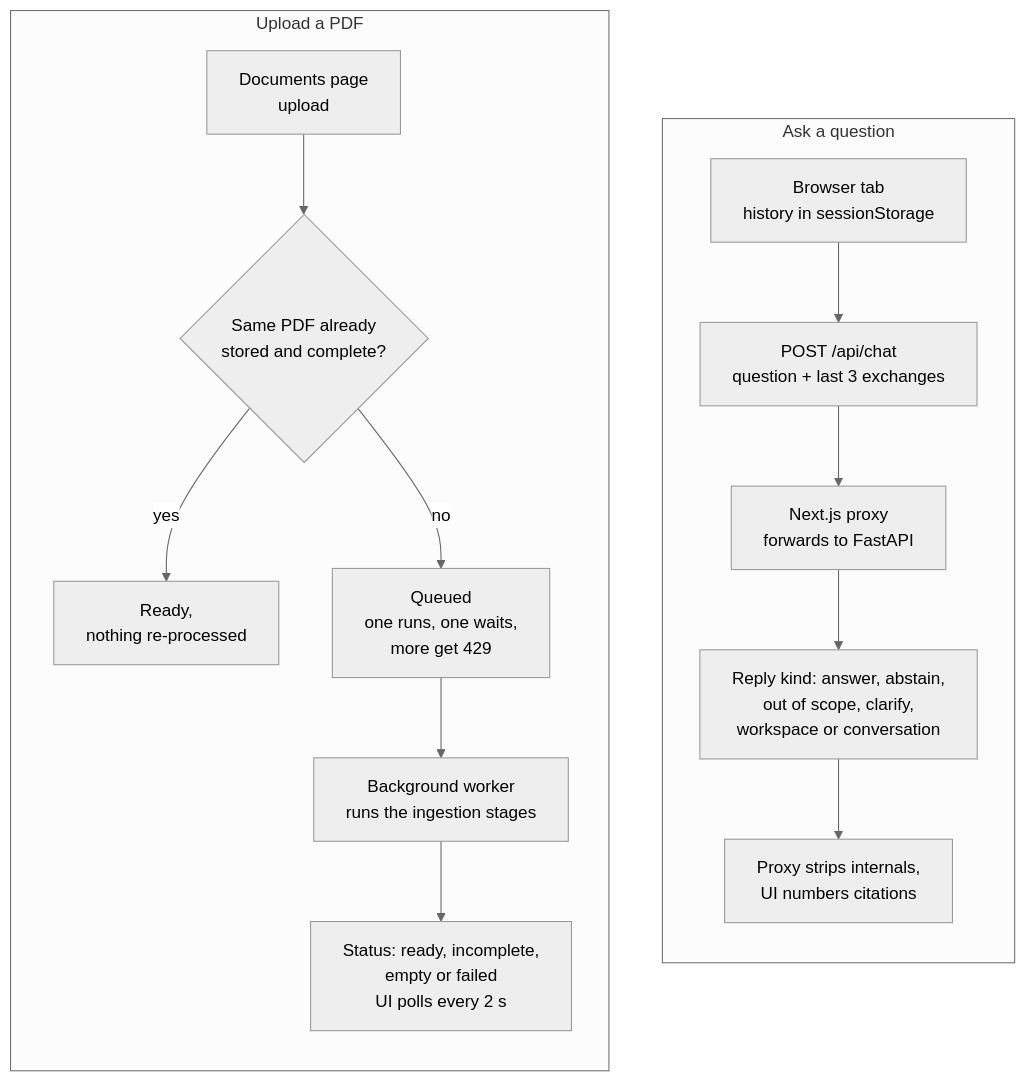
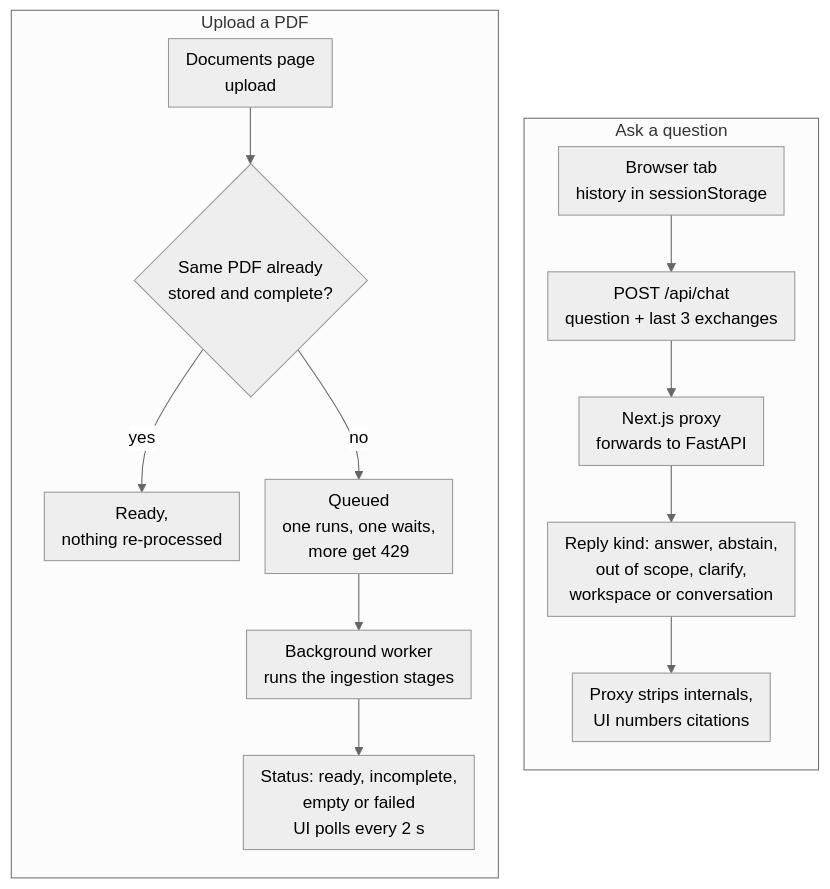
One commit to tarunkauxhik/multimodal-enterprise-rag changed the third of 3 diagrams in README.md. Above: the diagram before and after it, drawn with Mermaid (neutral theme). The commit also changed other lines of this file, not shown here.

````diff
--- a/README.md
+++ b/README.md
@@ -71,18 +73,19 @@
 ```mermaid
+%%{init: {"flowchart": {"nodeSpacing": 24, "rankSpacing": 28, "padding": 8, "diagramPadding": 4}}}%%
 flowchart TB
     subgraph Q["Ask a question"]
         direction TB
         Q1["Browser tab<br/>history in sessionStorage"] --> Q2["POST /api/chat<br/>question + last 3 exchanges"]
         Q2 --> Q3["Next.js proxy<br/>forwards to FastAPI"]
         Q3 --> Q4["Reply kind: answer, abstain,<br/>out of scope, clarify,<br/>workspace or conversation"]
         Q4 --> Q5["Proxy strips internals,<br/>UI numbers citations"]
     end
     subgraph UP["Upload a PDF"]
         direction TB
         U1["Documents page<br/>upload"] --> U2{"Same PDF already<br/>stored and complete?"}
         U2 -->|"yes"| U3["Ready,<br/>nothing re-processed"]
         U2 -->|"no"| U4["Queued<br/>one runs, one waits,<br/>more get 429"]
         U4 --> U5["Background worker<br/>runs the ingestion stages"]
         U5 --> U6["Status: ready, incomplete,<br/>empty or failed<br/>UI polls every 2 s"]
     end
 ```
````
